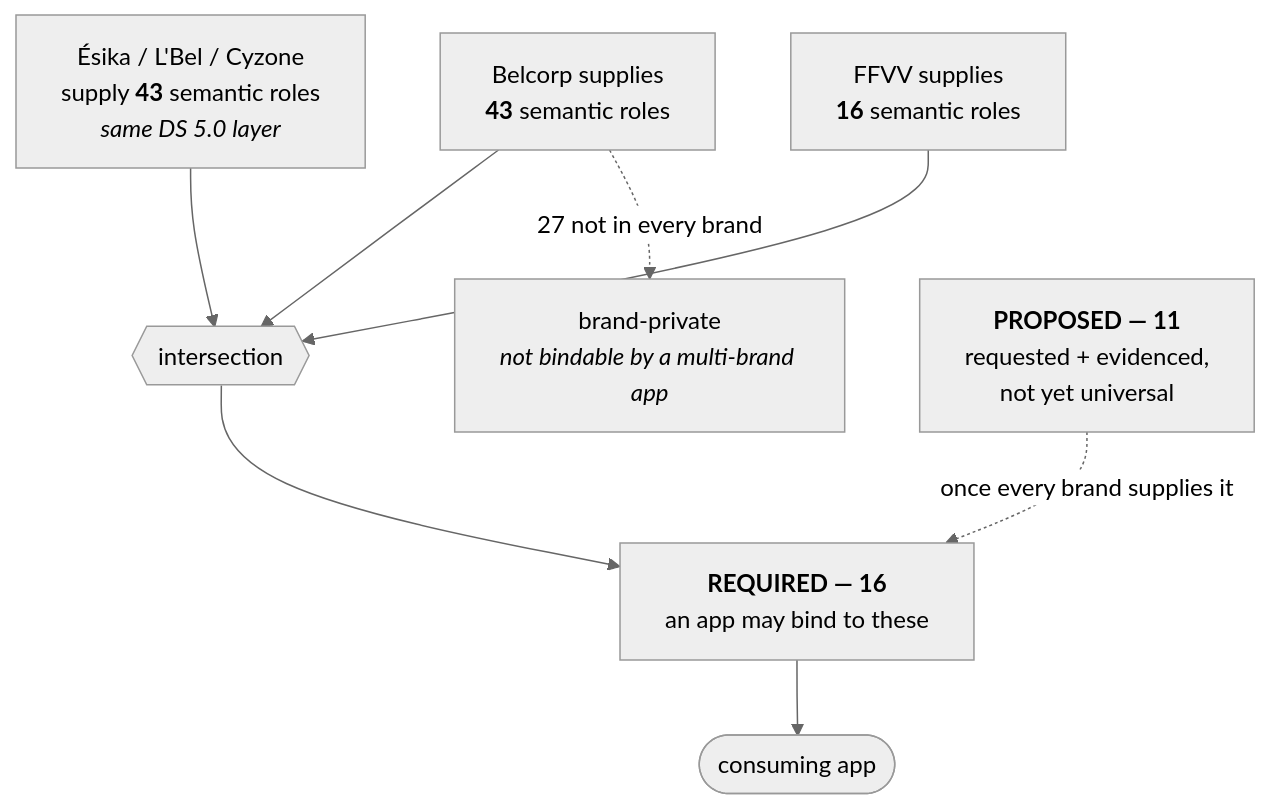
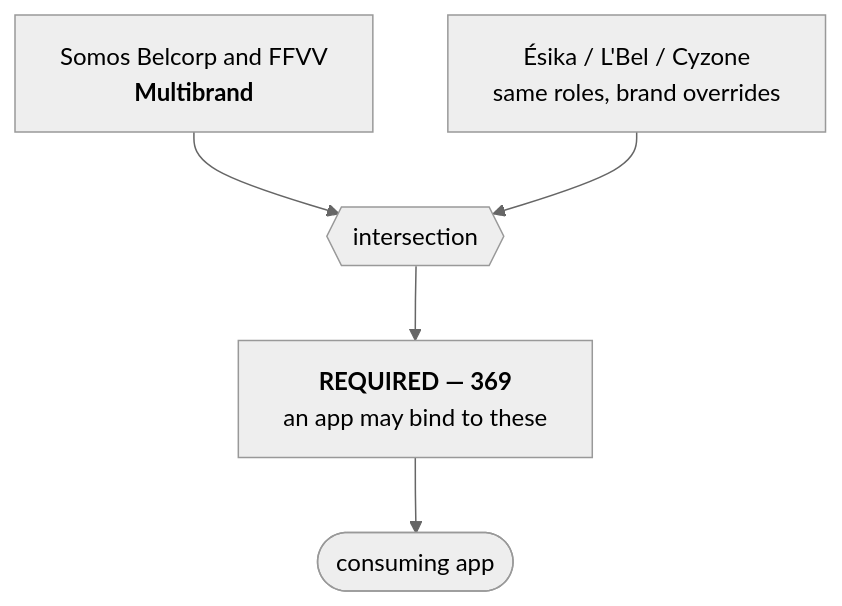
The second of 2 diagrams in docs/brands.md (esteban505r/design-system), drawn with Mermaid (neutral theme) before and after one commit. The commit also changed other lines of this file and 179 other files, not shown here.

````diff
--- a/docs/brands.md
+++ b/docs/brands.md
@@ -128,10 +112,7 @@
 ```mermaid
 flowchart TD
-    BEL["Belcorp supplies<br/><b>43</b> semantic roles"] --> INT
-    ESK["Ésika / L'Bel / Cyzone<br/>supply <b>43</b> semantic roles<br/><i>same DS 5.0 layer</i>"] --> INT
-    FFV["FFVV supplies<br/><b>16</b> semantic roles"] --> INT
-    INT{{"intersection"}} --> REQ["<b>REQUIRED — 16</b><br/>an app may bind to these"]
-    BEL -.->|"27 not in every brand"| PRIV["brand-private<br/><i>not bindable by a multi-brand app</i>"]
+    BEL["Somos Belcorp and FFVV<br/><b>Multibrand</b>"] --> INT
+    SUB["Ésika / L'Bel / Cyzone<br/>same roles, brand overrides"] --> INT
+    INT{{"intersection"}} --> REQ["<b>REQUIRED — 369</b><br/>an app may bind to these"]
     REQ --> APP(["consuming app"])
-    PROP["<b>PROPOSED — 11</b><br/>requested + evidenced,<br/>not yet universal"] -.->|"once every brand supplies it"| REQ
 ```
````
